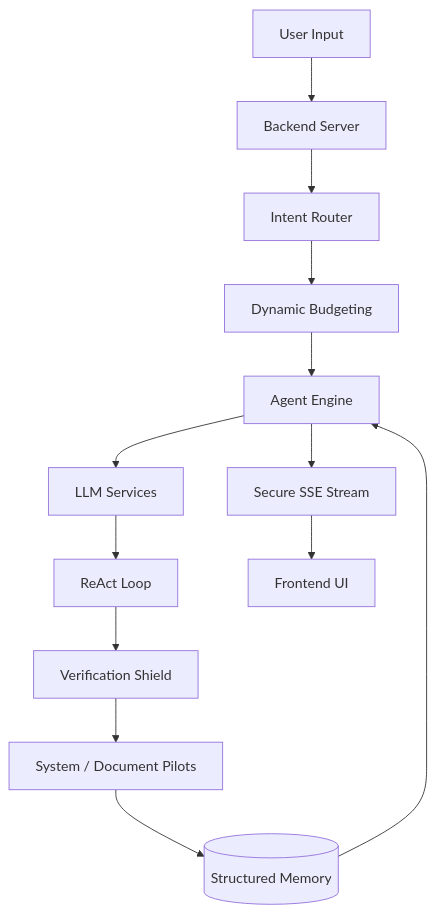
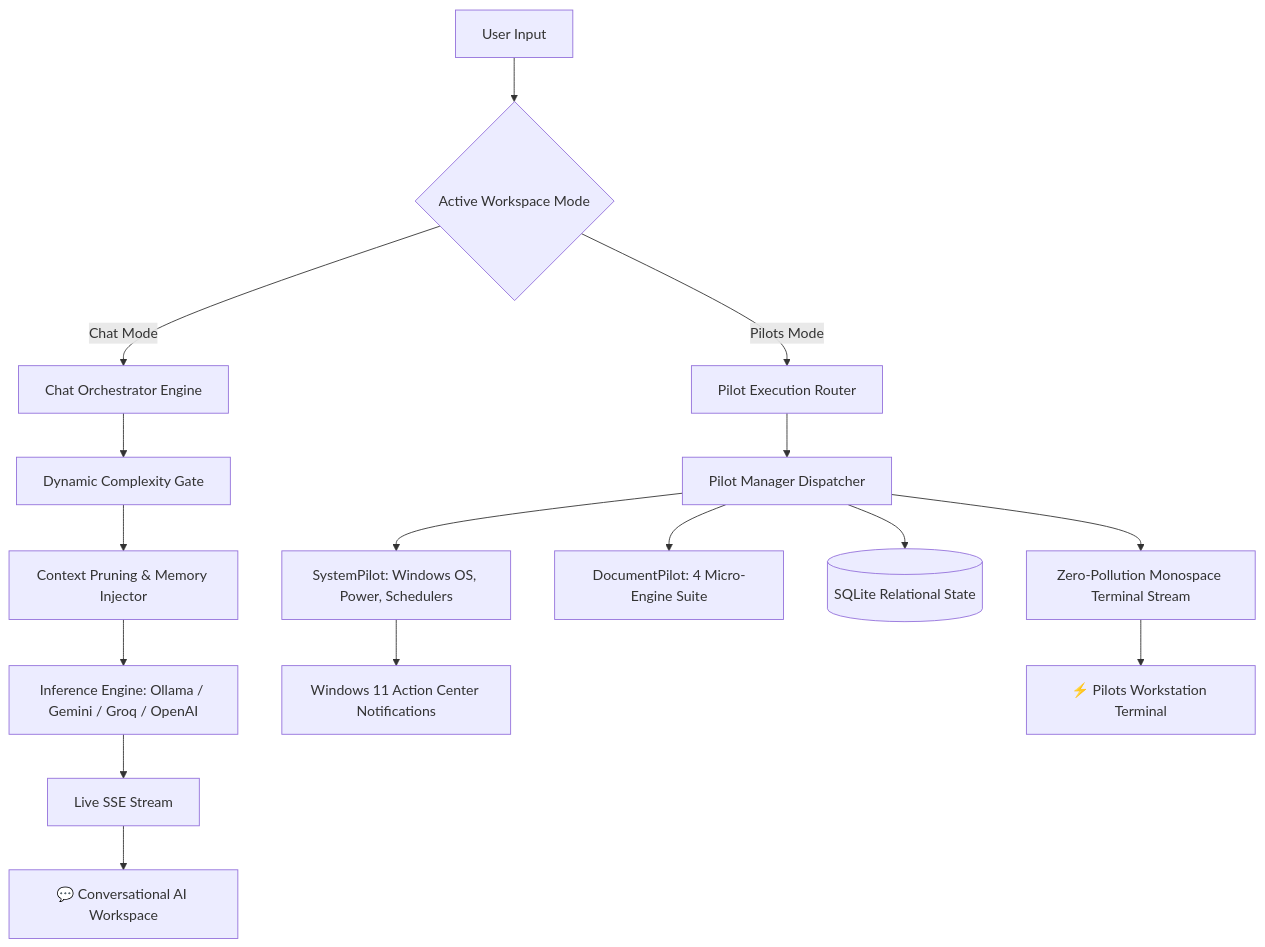
One commit to AhmedContainAssem/LAILA-AI changed the diagram in Documents/Architecture-Overview.md. Above: the diagram before and after it, drawn with Mermaid. The commit also changed other lines of this file and 26 other files, not shown here.

Commit message:
docs: synchronize master documentation suite, architecture diagrams, and workstation gallery (v1.0.0-beta)

````diff
--- a/Documents/Architecture-Overview.md
+++ b/Documents/Architecture-Overview.md
@@ -14,15 +29,22 @@
 ```mermaid
 graph TD
-    User[User Input] --> App[Backend Server]
-    App --> Intent[Intent Router]
-    Intent --> CCCO[Dynamic Budgeting]
-    CCCO --> Agent[Agent Engine]
-    Agent --> LLM[LLM Services]
-    LLM --> ReAct[ReAct Loop]
-    ReAct --> Verifier[Verification Shield]
-    Verifier --> Pilots[System / Document Pilots]
-    Pilots --> DB[(Structured Memory)]
-    DB --> Agent
-    Agent --> Stream[Secure SSE Stream]
-    Stream --> UI[Frontend UI]
+    User[User Input] --> Toggle{Active Workspace Mode}
+    
+    %% Mode 1: AI Chat
+    Toggle -->|Chat Mode| ChatApp[Chat Orchestrator Engine]
+    ChatApp --> Complexity[Dynamic Complexity Gate]
+    Complexity --> Memory[Context Pruning & Memory Injector]
+    Memory --> LLM[Inference Engine: Ollama / Gemini / Groq / OpenAI]
+    LLM --> SSEChat[Live SSE Stream]
+    SSEChat --> ChatUI[💬 Conversational AI Workspace]
+    
+    %% Mode 2: Pilots Station
+    Toggle -->|Pilots Mode| PilotApp[Pilot Execution Router]
+    PilotApp --> PilotMgr[Pilot Manager Dispatcher]
+    PilotMgr --> SysPilot[SystemPilot: Windows OS, Power, Schedulers]
+    PilotMgr --> DocPilot[DocumentPilot: 4 Micro-Engine Suite]
+    SysPilot --> WinToast[Windows 11 Action Center Notifications]
+    PilotMgr --> DB[(SQLite Relational State)]
+    PilotMgr --> SSEPilot[Zero-Pollution Monospace Terminal Stream]
+    SSEPilot --> StationUI[⚡ Pilots Workstation Terminal]
 ```
````
